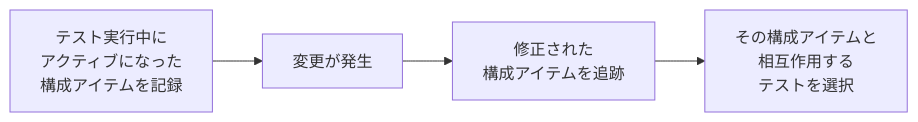
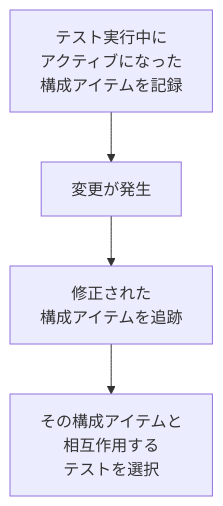
One commit to ozaki25/jstqb-foundation-training-ozaki25 changed the diagram in sites/al-ta/docs/lessons/lesson09/index.md. Above: the diagram before and after it, drawn with Mermaid. The commit also changed 19 other files, not shown here.

````diff
--- a/sites/al-ta/docs/lessons/lesson09/index.md
+++ b/sites/al-ta/docs/lessons/lesson09/index.md
@@ -41,6 +41,6 @@
 ```mermaid
-flowchart LR
+flowchart TD
     A[テスト実行中に\nアクティブになった\n構成アイテムを記録] --> B[変更が発生]
     B --> C[修正された\n構成アイテムを追跡]
     C --> D[その構成アイテムと\n相互作用する\nテストを選択]
 ```
````
